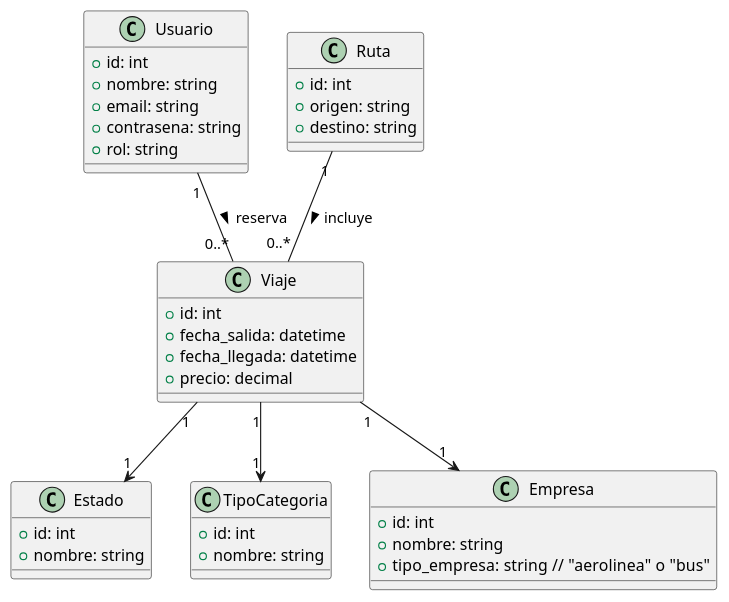
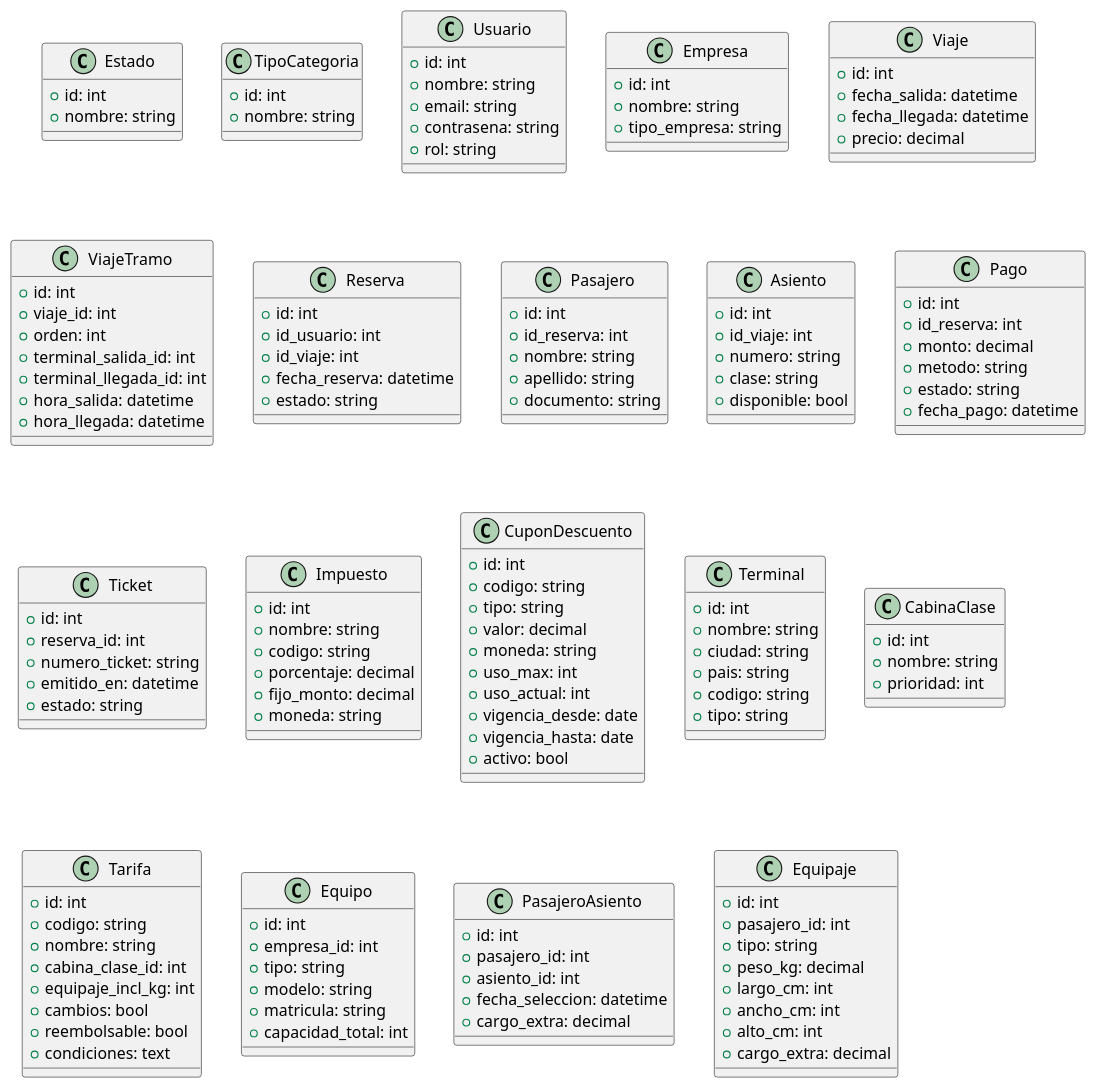
Before and after one commit to MikeRubioP/Proyecto-AirLink-Code: the diagram in AirLink Backend/diagrama.puml, drawn with PlantUML.

Commit message:
diagrama

```diff
--- a/AirLink Backend/diagrama.puml
+++ b/AirLink Backend/diagrama.puml
@@ -1,46 +1,161 @@
 @startuml
 
 class Estado {
   +id: int
   +nombre: string
 }
 
 class TipoCategoria {
   +id: int
   +nombre: string
 }
 
 class Usuario {
   +id: int
   +nombre: string
   +email: string
   +contrasena: string
   +rol: string
 }
 
 class Empresa {
   +id: int
   +nombre: string
-  +tipo_empresa: string  // "aerolinea" o "bus"
+  +tipo_empresa: string
 }
 
 class Viaje {
   +id: int
   +fecha_salida: datetime
   +fecha_llegada: datetime
   +precio: decimal
 }
 
-class Ruta {
+class ViajeTramo {
   +id: int
-  +origen: string
-  +destino: string
+  +viaje_id: int
+  +orden: int
+  +terminal_salida_id: int
+  +terminal_llegada_id: int
+  +hora_salida: datetime
+  +hora_llegada: datetime
 }
 
-Ruta "1" -- "0..*" Viaje : incluye >
-Usuario "1" -- "0..*" Viaje : reserva >
-Viaje "1" --> "1" Estado
-Viaje "1" --> "1" TipoCategoria
-Viaje "1" --> "1" Empresa
+class Reserva {
+  +id: int
+  +id_usuario: int 
+  +id_viaje: int 
+  +fecha_reserva: datetime
+  +estado: string
+}
+
+class Pasajero {
+  +id: int
+  +id_reserva: int 
+  +nombre: string
+  +apellido: string
+  +documento: string
+}
+
+class Asiento {
+  +id: int
+  +id_viaje: int 
+  +numero: string
+  +clase: string
+  +disponible: bool
+}
+
+class Pago {
+  +id: int
+  +id_reserva: int
+  +monto: decimal
+  +metodo: string
+  +estado: string
+  +fecha_pago: datetime
+}
+
+class Ticket {
+  +id: int
+  +reserva_id: int
+  +numero_ticket: string
+  +emitido_en: datetime
+  +estado: string
+}
+
+class Impuesto {
+  +id: int
+  +nombre: string
+  +codigo: string
+  +porcentaje: decimal
+  +fijo_monto: decimal
+  +moneda: string
+}
+
+class CuponDescuento {
+  +id: int
+  +codigo: string
+  +tipo: string
+  +valor: decimal
+  +moneda: string
+  +uso_max: int
+  +uso_actual: int
+  +vigencia_desde: date
+  +vigencia_hasta: date
+  +activo: bool
+}
+
+class Terminal {
+  +id: int
+  +nombre: string
+  +ciudad: string
+  +pais: string
+  +codigo: string
+  +tipo: string
+}
+
+class CabinaClase {
+  +id: int
+  +nombre: string
+  +prioridad: int
+}
+
+class Tarifa {
+  +id: int
+  +codigo: string
+  +nombre: string
+  +cabina_clase_id: int
+  +equipaje_incl_kg: int
+  +cambios: bool
+  +reembolsable: bool
+  +condiciones: text
+}
+
+class Equipo {
+  +id: int
+  +empresa_id: int
+  +tipo: string
+  +modelo: string
+  +matricula: string
+  +capacidad_total: int
+}
+
+class PasajeroAsiento {
+  +id: int
+  +pasajero_id: int
+  +asiento_id: int
+  +fecha_seleccion: datetime
+  +cargo_extra: decimal
+}
+
+class Equipaje {
+  +id: int
+  +pasajero_id: int
+  +tipo: string
+  +peso_kg: decimal
+  +largo_cm: int
+  +ancho_cm: int
+  +alto_cm: int
+  +cargo_extra: decimal
+}
 
 @enduml
```
